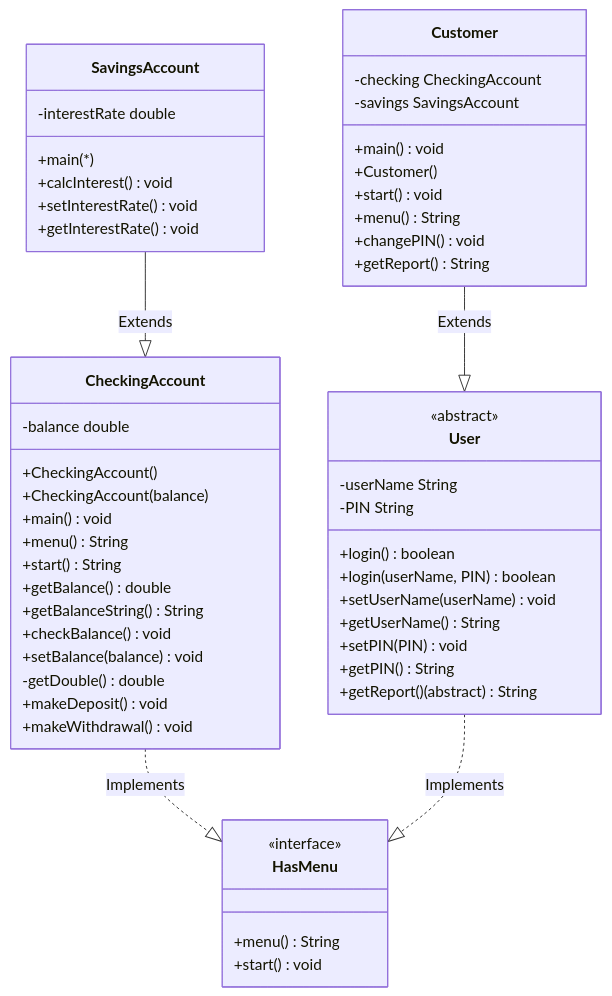
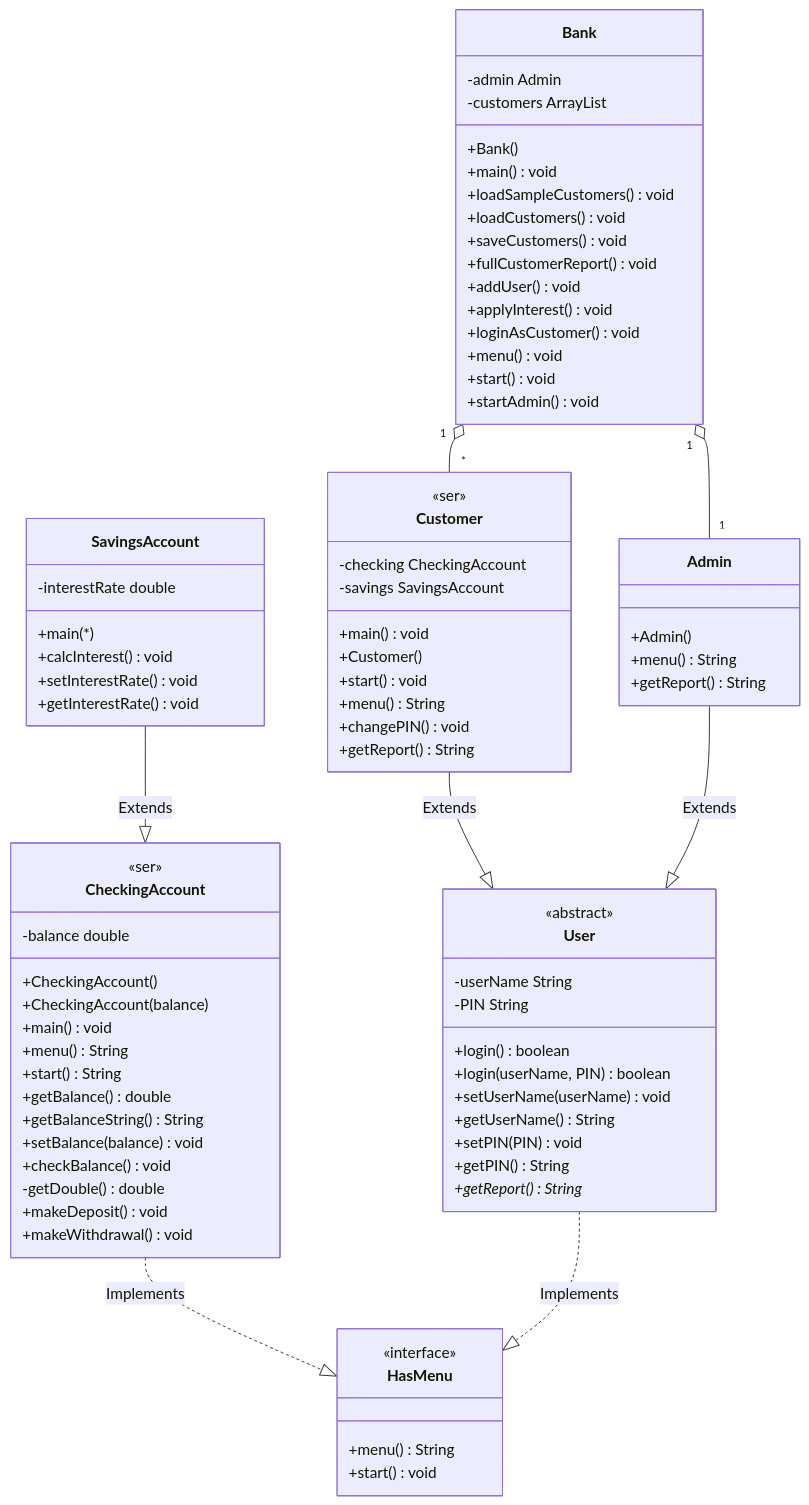
Before and after one commit to tommym-r/projectNine: the diagram in README.md, drawn with Mermaid.

````diff
--- a/README.md
+++ b/README.md
@@ -10,6 +10,7 @@
     }
 
     class CheckingAccount {
+        <<ser>>
         -balance double
         +CheckingAccount()
         +CheckingAccount(balance)
@@ -18,8 +19,8 @@
         +start() String
         +getBalance() double
         +getBalanceString() String
+        +setBalance(balance) void
         +checkBalance() void
-        +setBalance(balance) void
         -getDouble() double
         +makeDeposit() void
         +makeWithdrawal() void
@@ -43,10 +44,11 @@
         +getUserName() String
         +setPIN(PIN) void
         +getPIN() String
-        +getReport() (abstract) String
+        +getReport()* String
     }
 
     class Customer {
+        <<ser>>
         -checking CheckingAccount
         -savings SavingsAccount
         +main() void
@@ -57,8 +59,34 @@
         +getReport() String
     }
 
+    class Admin {
+        +Admin()
+        +menu() String
+        +getReport() String
+    }
+
+    class Bank {
+        -admin Admin
+        -customers ArrayList
+        +Bank()
+        +main() void
+        +loadSampleCustomers() void
+        +loadCustomers() void
+        +saveCustomers() void
+        +fullCustomerReport() void
+        +addUser() void
+        +applyInterest() void
+        +loginAsCustomer() void
+        +menu() void
+        +start() void
+        +startAdmin() void
+    }
+
     SavingsAccount --|> CheckingAccount : Extends
     CheckingAccount ..|> HasMenu : Implements
     User ..|> HasMenu : Implements
     Customer --|> User : Extends
+    Admin --|> User : Extends
+    Bank "1" o-- "1" Admin
+    Bank "1" o-- "*" Customer
 ```
````
